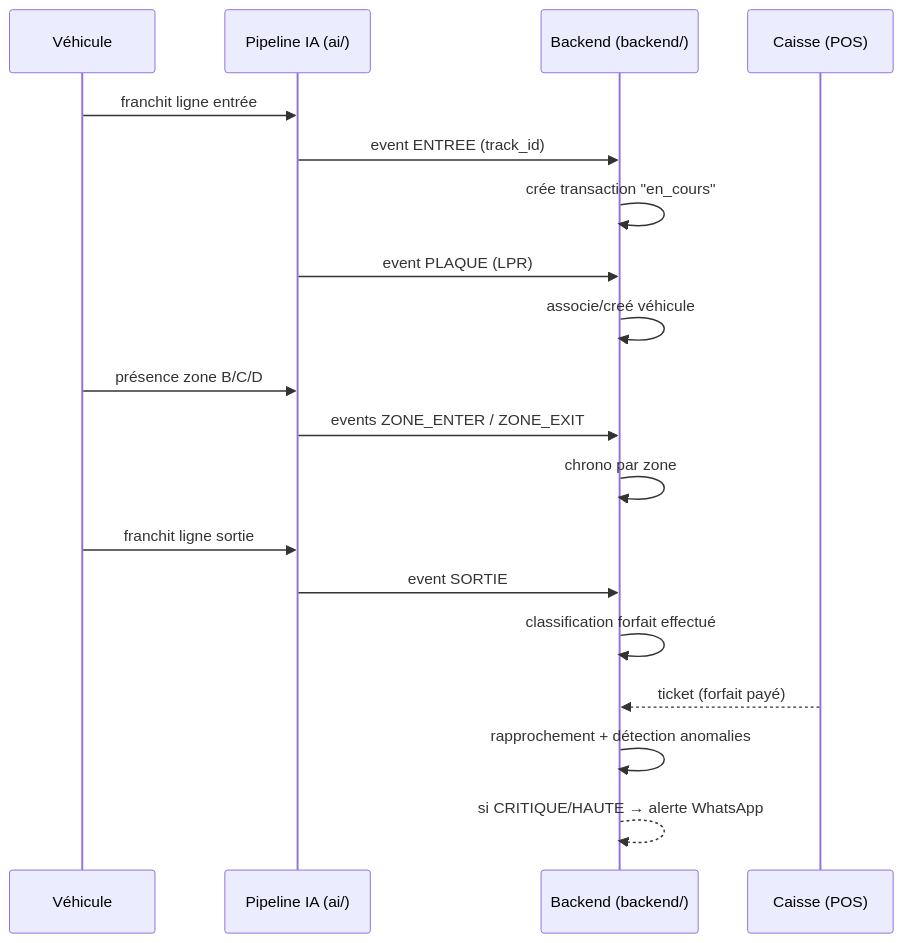
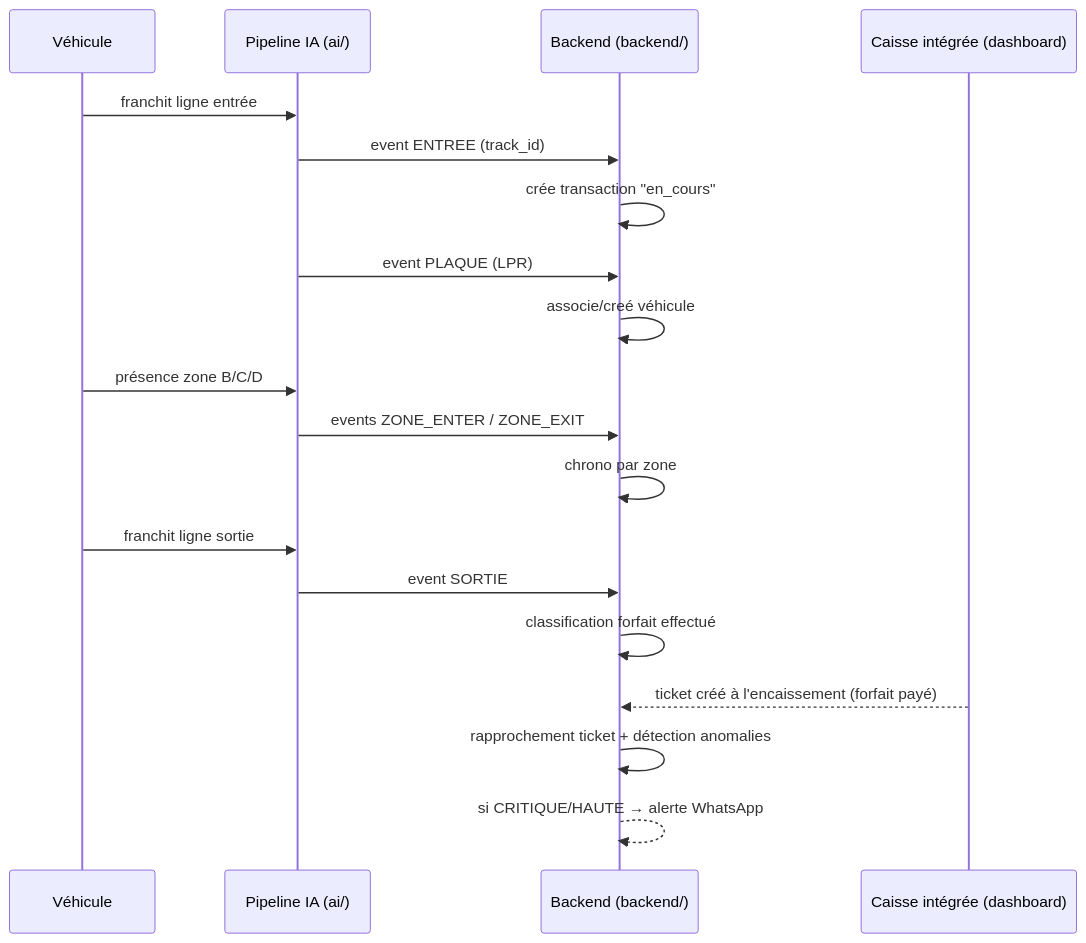
The second of 2 diagrams in docs/ARCHITECTURE.md (chafiqyacine-svg/wash-manager), drawn with Mermaid before and after one commit. The commit also changed 14 other files, not shown here.

First line of the commit message:
Ajoute une caisse intégrée (pas de POS externe) + clôture complète

````diff
--- a/docs/ARCHITECTURE.md
+++ b/docs/ARCHITECTURE.md
@@ -45,22 +45,22 @@
 ```mermaid
 sequenceDiagram
     participant V as Véhicule
     participant AI as Pipeline IA (ai/)
     participant BE as Backend (backend/)
-    participant POS as Caisse (POS)
+    participant CA as Caisse intégrée (dashboard)
 
     V->>AI: franchit ligne entrée
     AI->>BE: event ENTREE (track_id)
     BE->>BE: crée transaction "en_cours"
     AI->>BE: event PLAQUE (LPR)
     BE->>BE: associe/creé véhicule
     V->>AI: présence zone B/C/D
     AI->>BE: events ZONE_ENTER / ZONE_EXIT
     BE->>BE: chrono par zone
     V->>AI: franchit ligne sortie
     AI->>BE: event SORTIE
     BE->>BE: classification forfait effectué
-    POS-->>BE: ticket (forfait payé)
-    BE->>BE: rapprochement + détection anomalies
+    CA-->>BE: ticket créé à l'encaissement (forfait payé)
+    BE->>BE: rapprochement ticket + détection anomalies
     BE-->>BE: si CRITIQUE/HAUTE → alerte WhatsApp
 ```
````
